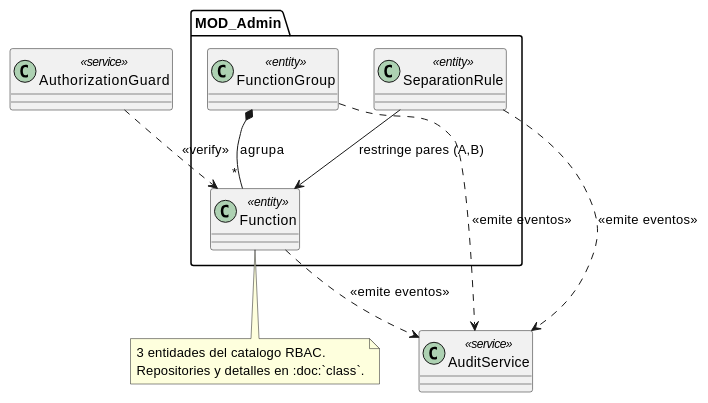
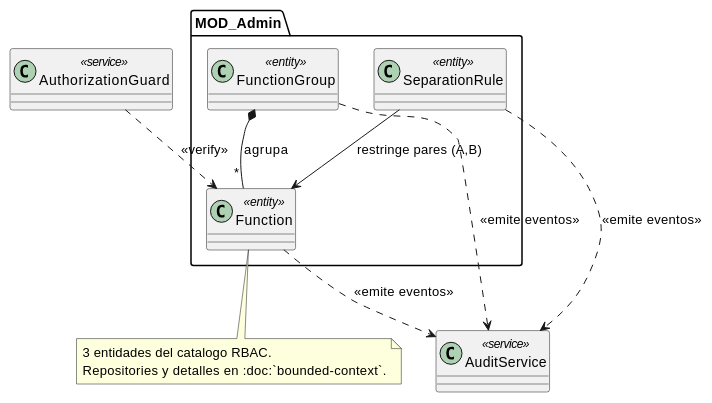
One commit to jcg-admin/IACT-docs changed the diagram in source/arquitectura-tecnica/design-view/admin/index.rst. Above: the diagram before and after it, drawn with PlantUML. The commit also changed other lines of this file and 97 other files, not shown here.

```diff
--- a/source/arquitectura-tecnica/design-view/admin/index.rst
+++ b/source/arquitectura-tecnica/design-view/admin/index.rst
@@ -31,30 +31,30 @@
 .. uml::
  :caption: MOD_Admin — entidades del catalogo y puntos de
            contacto inter-modulo. Subset curado; detalle de
-           repositories en :doc:`class`.
+           repositories en :doc:`bounded-context`.
 
  @startuml
 
  package "MOD_Admin" {
    class Function <<entity>>
    class FunctionGroup <<entity>>
    class SeparationRule <<entity>>
  }
 
  class AuthorizationGuard <<service>>
  class AuditService <<service>>
 
  FunctionGroup *-- "*" Function : agrupa
  SeparationRule --> Function : restringe pares (A,B)
 
  AuthorizationGuard ..> Function : <<verify>>
  Function ..> AuditService : <<emite eventos>>
  FunctionGroup ..> AuditService : <<emite eventos>>
  SeparationRule ..> AuditService : <<emite eventos>>
 
  note bottom of Function
    3 entidades del catalogo RBAC.
-   Repositories y detalles en :doc:`class`.
+   Repositories y detalles en :doc:`bounded-context`.
  end note
 
  @enduml
```
